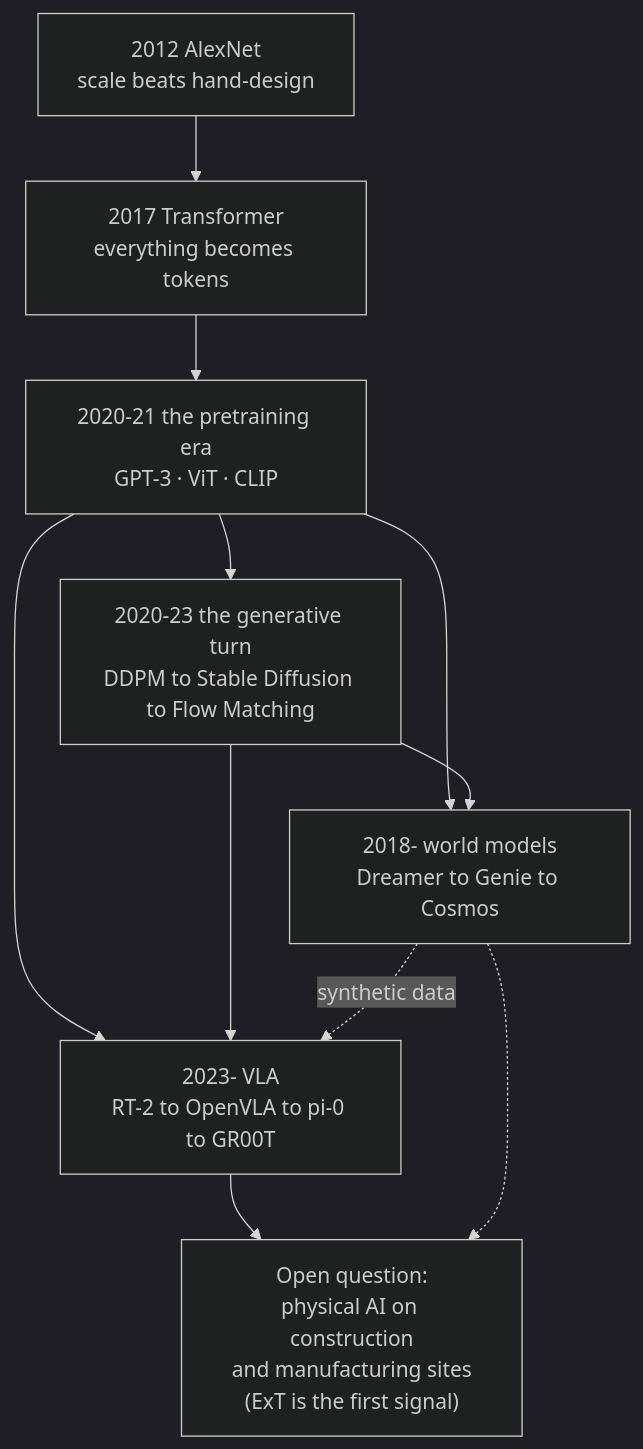
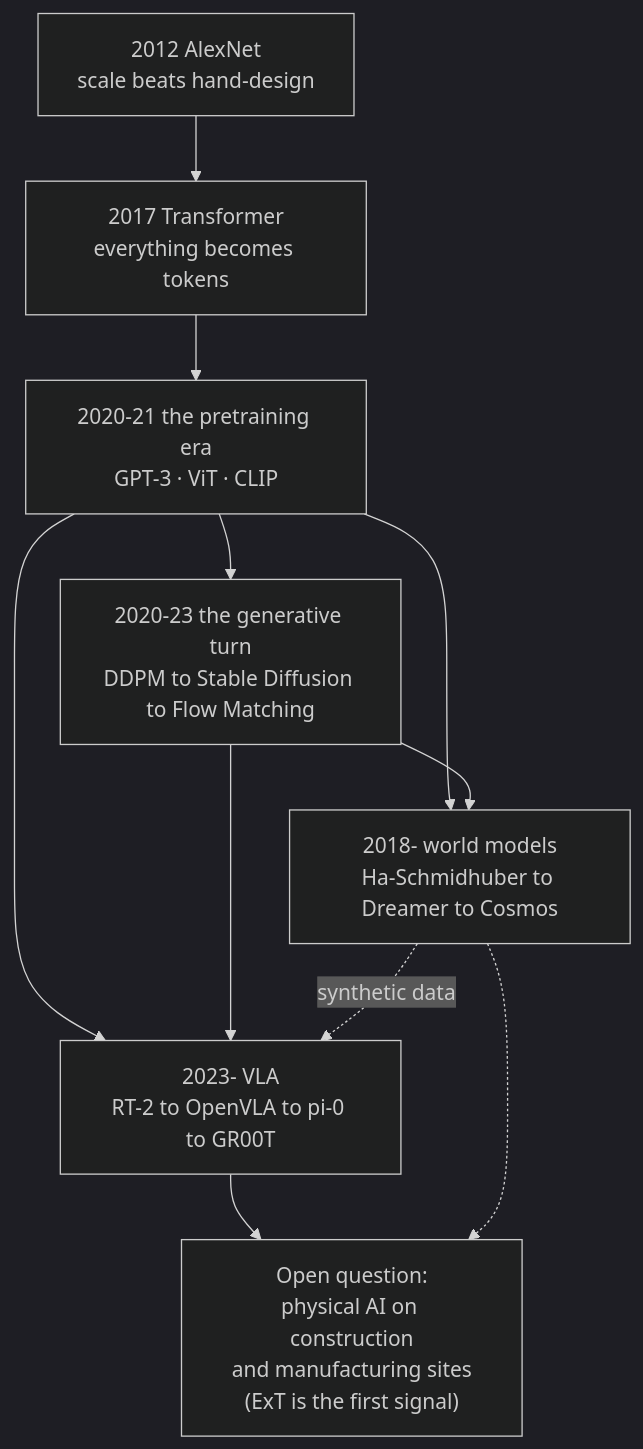
The first of 12 diagrams in content/03-deep-learning/lineage.md (jiseop-byeon/phd-wiki), drawn with Mermaid (dark theme) before and after one commit. The commit also changed other lines of this file, not shown here.

````diff
--- a/content/03-deep-learning/lineage.md
+++ b/content/03-deep-learning/lineage.md
@@ -22,13 +22,13 @@
 ```mermaid
 graph TD
     A["2012 AlexNet<br/>scale beats hand-design"] --> B["2017 Transformer<br/>everything becomes tokens"]
     B --> C["2020-21 the pretraining era<br/>GPT-3 · ViT · CLIP"]
     C --> D["2020-23 the generative turn<br/>DDPM to Stable Diffusion to Flow Matching"]
     C --> E["2023- VLA<br/>RT-2 to OpenVLA to pi-0 to GR00T"]
     D --> E
-    C --> F["2018- world models<br/>Dreamer to Genie to Cosmos"]
+    C --> F["2018- world models<br/>Ha-Schmidhuber to Dreamer to Cosmos"]
     D --> F
     F -. synthetic data .-> E
     E --> G["Open question:<br/>physical AI on construction<br/>and manufacturing sites<br/>(ExT is the first signal)"]
     F -.-> G
 ```
````
